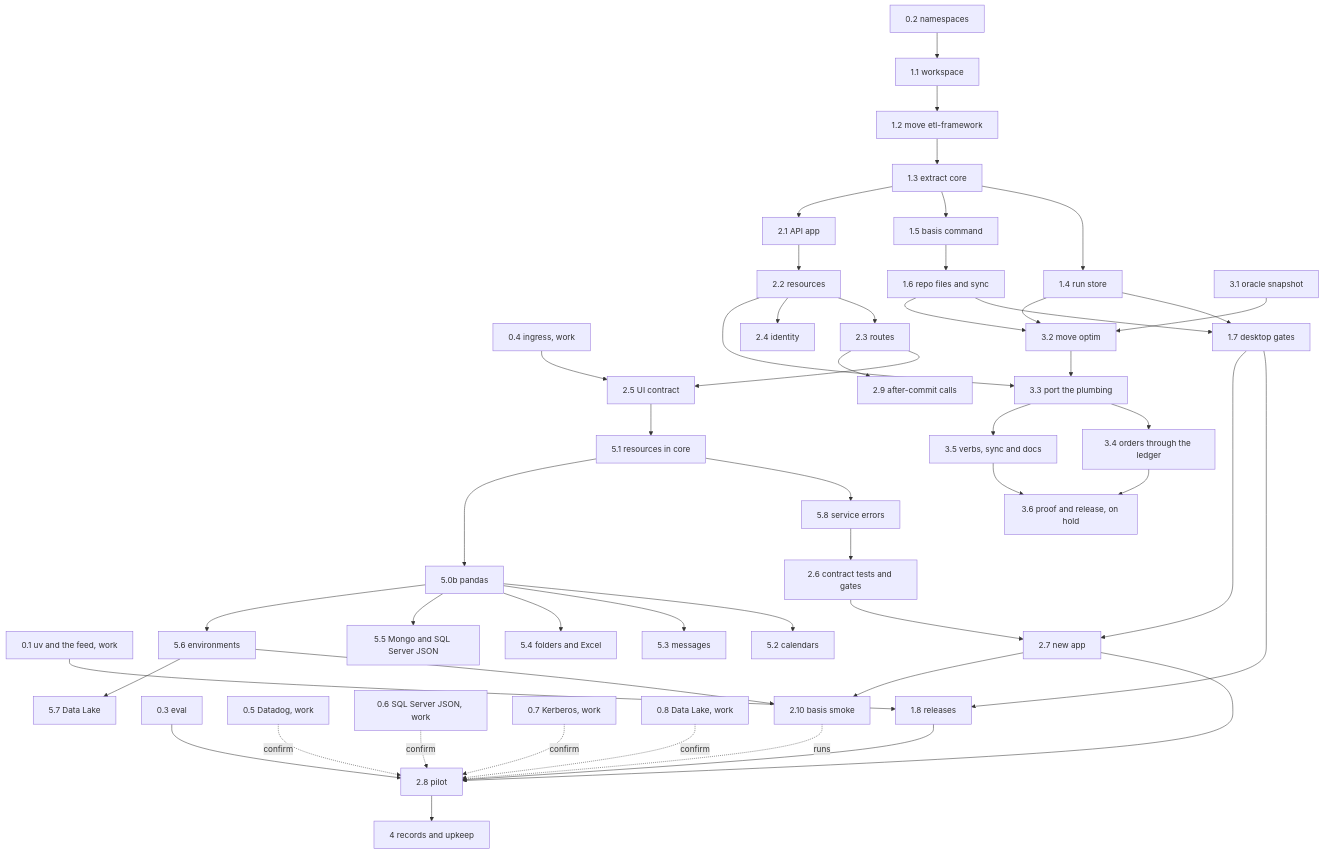
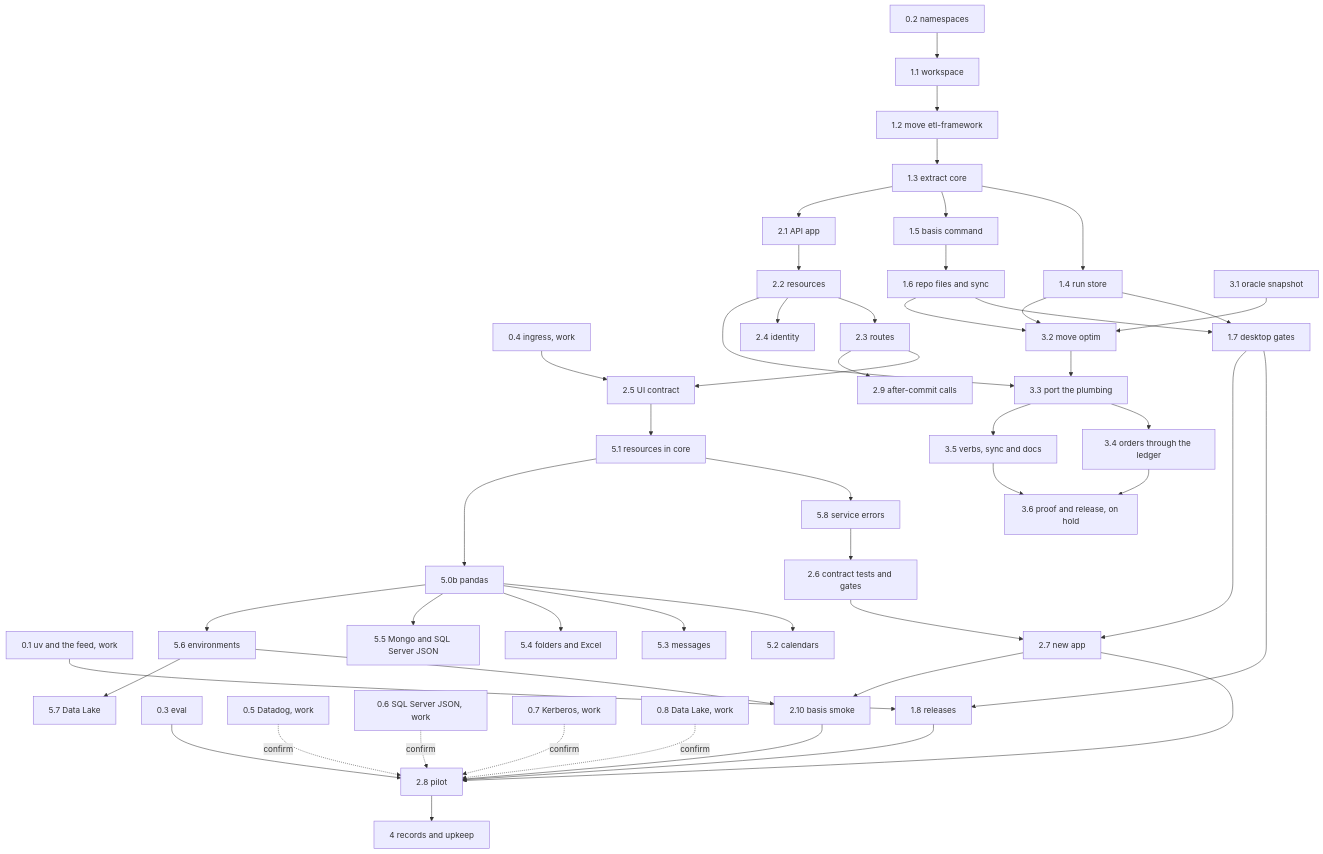
The diagram in docs/roadmap.md (jacobragsdale/basis), drawn with Mermaid before and after one commit. The commit also changed other lines of this file and 1 other file, not shown here.

````diff
--- a/docs/roadmap.md
+++ b/docs/roadmap.md
@@ -30,36 +30,36 @@
 ```mermaid
 flowchart TD
   s01[0.1 uv and the feed, work] --> r8[1.8 releases]
   s02[0.2 namespaces] --> r1[1.1 workspace]
   s03[0.3 eval] --> a8[2.8 pilot]
   s04[0.4 ingress, work] --> a5[2.5 UI contract]
   s05[0.5 Datadog, work] -. confirm .-> a8
   s06[0.6 SQL Server JSON, work] -. confirm .-> a8
   s07[0.7 Kerberos, work] -. confirm .-> a8
   s08[0.8 Data Lake, work] -. confirm .-> a8
   r1 --> r2[1.2 move etl-framework] --> r3[1.3 extract core]
   r3 --> r4[1.4 run store]
   r3 --> r5[1.5 basis command] --> r6[1.6 repo files and sync] --> r7[1.7 desktop gates]
   r4 --> r7
   r7 --> r8
   r3 --> a1[2.1 API app] --> a2[2.2 resources] --> a3[2.3 routes] --> a5 --> c1[5.1 resources in core] --> c8[5.8 service errors] --> a6[2.6 contract tests and gates] --> a7[2.7 new app] --> a8
   a2 --> a4[2.4 identity]
   a3 --> a9[2.9 after-commit calls]
   r7 --> a7
   r8 --> a8
   a7 --> a10[2.10 basis smoke]
   c6 --> a10
-  a10 -. runs .-> a8
+  a10 --> a8
   r4 --> o2[3.2 move optim]
   r6 --> o2
   o1[3.1 oracle snapshot] --> o2 --> o3[3.3 port the plumbing] --> o4[3.4 orders through the ledger] --> o6[3.6 proof and release, on hold]
   a2 --> o3
   o3 --> o5[3.5 verbs, sync and docs] --> o6
   a8 --> g[4 records and upkeep]
   c1 --> c0[5.0b pandas]
   c0 --> c2[5.2 calendars]
   c0 --> c3[5.3 messages]
   c0 --> c4[5.4 folders and Excel]
   c0 --> c5[5.5 Mongo and SQL Server JSON]
   c0 --> c6[5.6 environments] --> c7[5.7 Data Lake]
 ```
````
